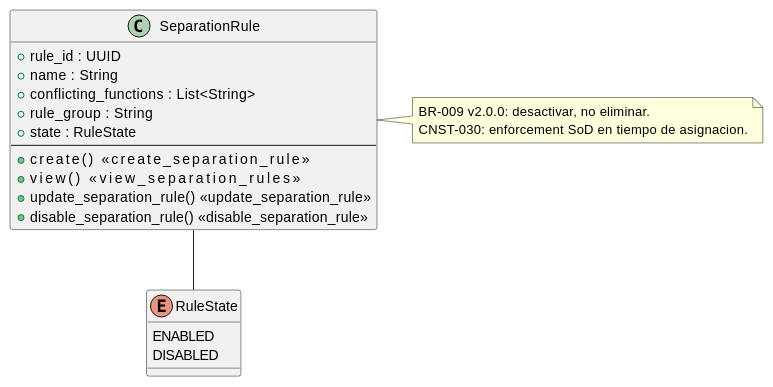
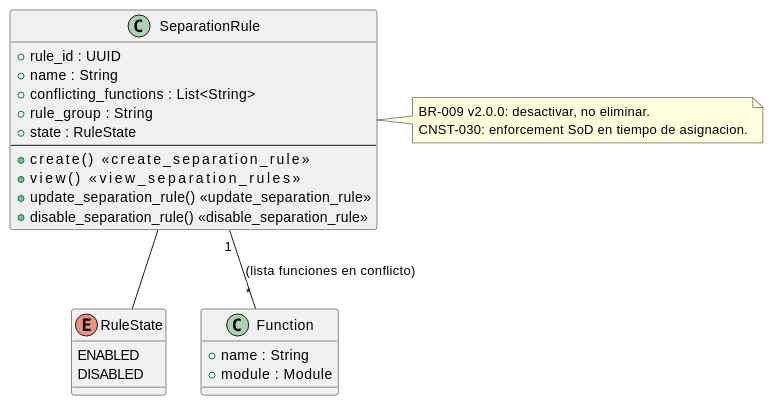
Before and after one commit to jcg-admin/IACT-docs: the diagram in source/arquitectura-tecnica/domain-model/separation-rule.rst, drawn with PlantUML. The commit also changed other lines of this file and 51 other files, not shown here.

```diff
--- a/source/arquitectura-tecnica/domain-model/separation-rule.rst
+++ b/source/arquitectura-tecnica/domain-model/separation-rule.rst
@@ -24,31 +24,37 @@
 .. uml::
  :caption: Clase SeparationRule — regla de separacion de funciones (SoD).
 
  @startuml
 
  class SeparationRule {
    + rule_id : UUID
    + name : String
    + conflicting_functions : List<String>
    + rule_group : String
    + state : RuleState
    --
    + create()                  <<create_separation_rule>>
    + view()                    <<view_separation_rules>>
    + update_separation_rule()  <<update_separation_rule>>
    + disable_separation_rule() <<disable_separation_rule>>
  }
 
  enum RuleState {
    ENABLED
    DISABLED
  }
 
+ class Function {
+   + name : String
+   + module : Module
+ }
+
  SeparationRule -- RuleState
+ SeparationRule "1" -- "*" Function : (lista funciones en conflicto)
 
  note right of SeparationRule
    BR-009 v2.0.0: desactivar, no eliminar.
    CNST-030: enforcement SoD en tiempo de asignacion.
  end note
 
  @enduml
```
